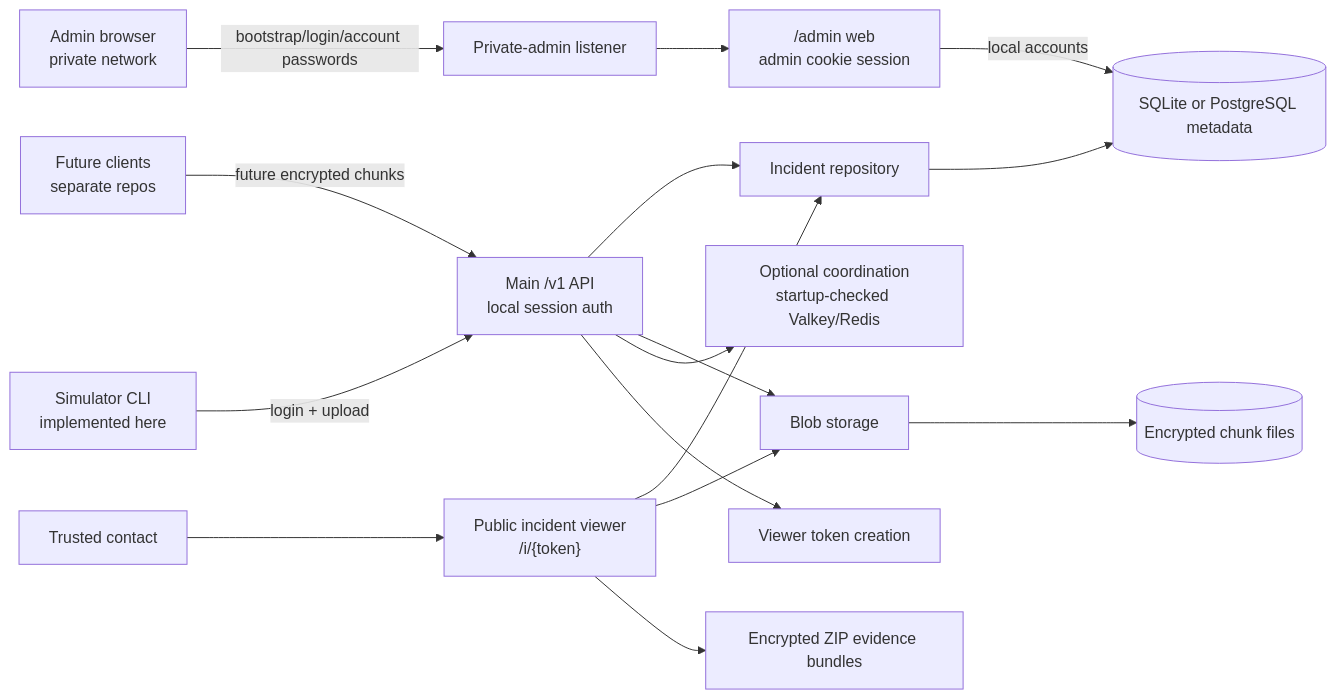
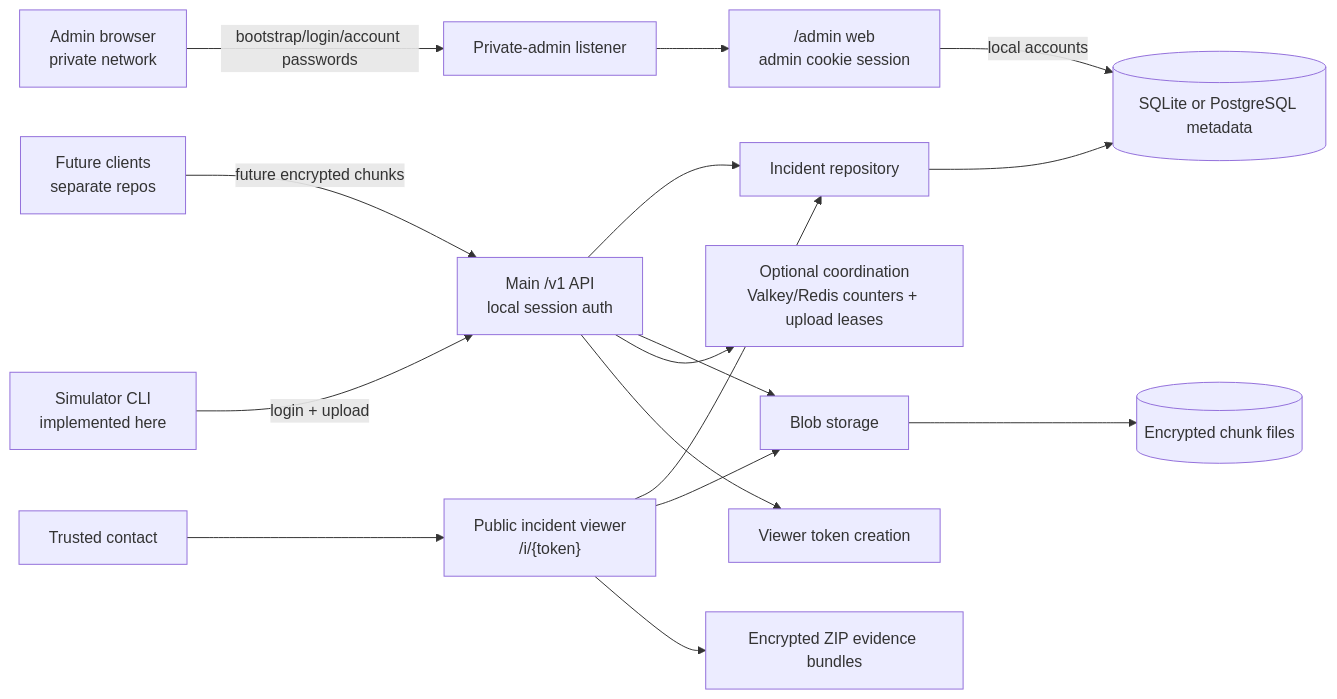
Before and after one commit to open-proofline/server: the first of 4 diagrams in docs/architecture.md, drawn with Mermaid. The commit also changed other lines of this file and 29 other files, not shown here.

Commit message:
coordination: add valkey upload operation leases

````diff
--- a/docs/architecture.md
+++ b/docs/architecture.md
@@ -42,18 +42,18 @@
 ```mermaid
 flowchart LR
     FutureClients["Future clients<br/>separate repos"] -->|"future encrypted chunks"| MainAPI["Main /v1 API<br/>local session auth"]
     Operator["Admin browser<br/>private network"] -->|"bootstrap/login/account passwords"| AdminListener["Private-admin listener"]
     AdminListener --> AdminWeb["/admin web<br/>admin cookie session"]
     Simulator["Simulator CLI<br/>implemented here"] -->|"login + upload"| MainAPI
     MainAPI --> Repo["Incident repository"]
     Repo --> DB[(SQLite or PostgreSQL metadata)]
     AdminWeb -->|"local accounts"| DB
     MainAPI --> Store["Blob storage"]
     Store --> Files[(Encrypted chunk files)]
-    MainAPI --> Coord["Optional coordination<br/>startup-checked Valkey/Redis"]
+    MainAPI --> Coord["Optional coordination<br/>Valkey/Redis counters + upload leases"]
     MainAPI --> Token["Viewer token creation"]
     Contact["Trusted contact"] --> Viewer["Public incident viewer<br/>/i/{token}"]
     Viewer --> Repo
     Viewer --> Store
     Viewer --> Bundle["Encrypted ZIP evidence bundles"]
 ```
````
